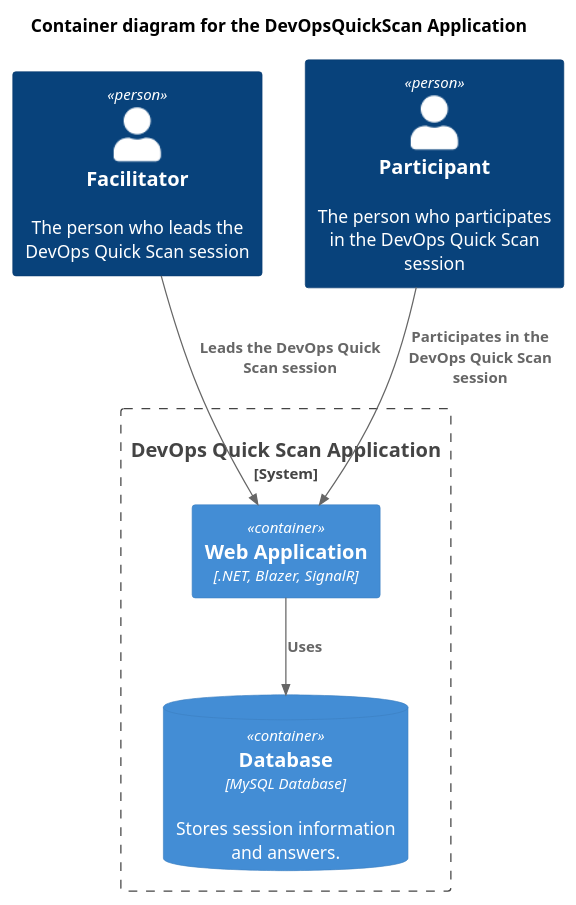
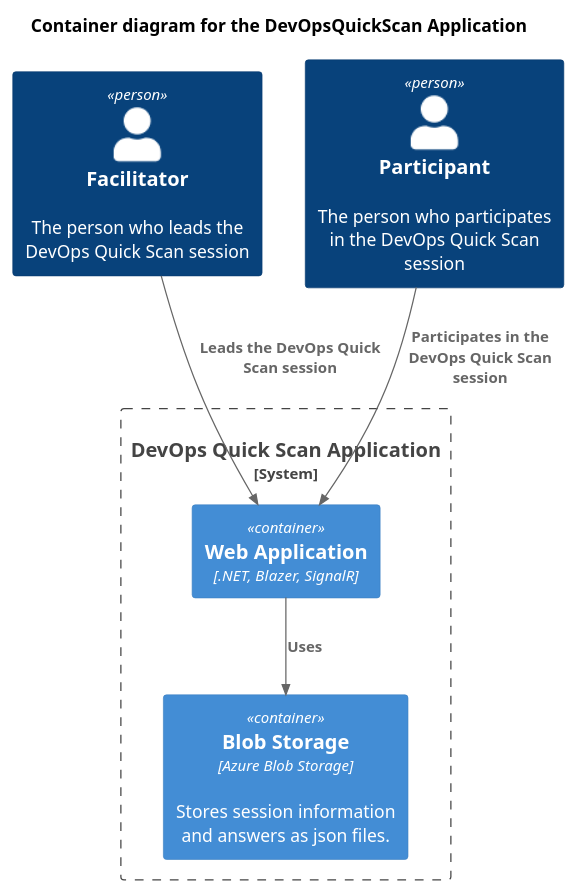
One commit to jacobduijzer/DevOpsQuickScan changed the diagram in docs/container_diagram.pu. Above: the diagram before and after it, drawn with PlantUML. The commit also changed 1 other file, not shown here.

Commit message:
Update docs, add blob storage, remove database

```diff
--- a/docs/container_diagram.pu
+++ b/docs/container_diagram.pu
@@ -1,18 +1,18 @@
 @startuml
 !include https://raw.githubusercontent.com/plantuml-stdlib/C4-PlantUML/master/C4_Container.puml
 
 title Container diagram for the DevOpsQuickScan Application
 
 Person(facilitator, "Facilitator", "The person who leads the DevOps Quick Scan session")
 Person(participant, "Participant", "The person who participates in the DevOps Quick Scan session")
 
 System_Boundary(c1, "DevOps Quick Scan Application") {
     Container(web_app, "Web Application", ".NET, Blazer, SignalR", "")
-    ContainerDb(database, "Database", "MySQL Database", "Stores session information and answers.")
+    Container(files, "Blob Storage", "Azure Blob Storage", "Stores session information and answers as json files.")
 }
 
 Rel_D(facilitator, web_app, "Leads the DevOps Quick Scan session")
 Rel_D(participant, web_app, "Participates in the DevOps Quick Scan session")
-Rel_D(web_app, database, "Uses")
+Rel_D(web_app, files, "Uses")
 
 @enduml
```
